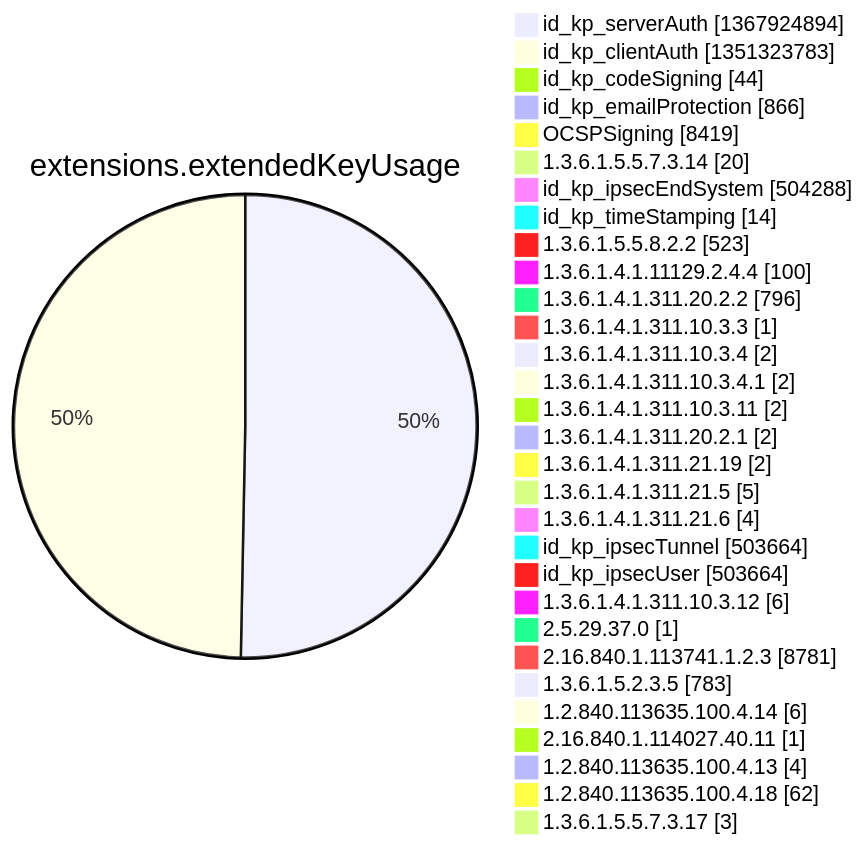
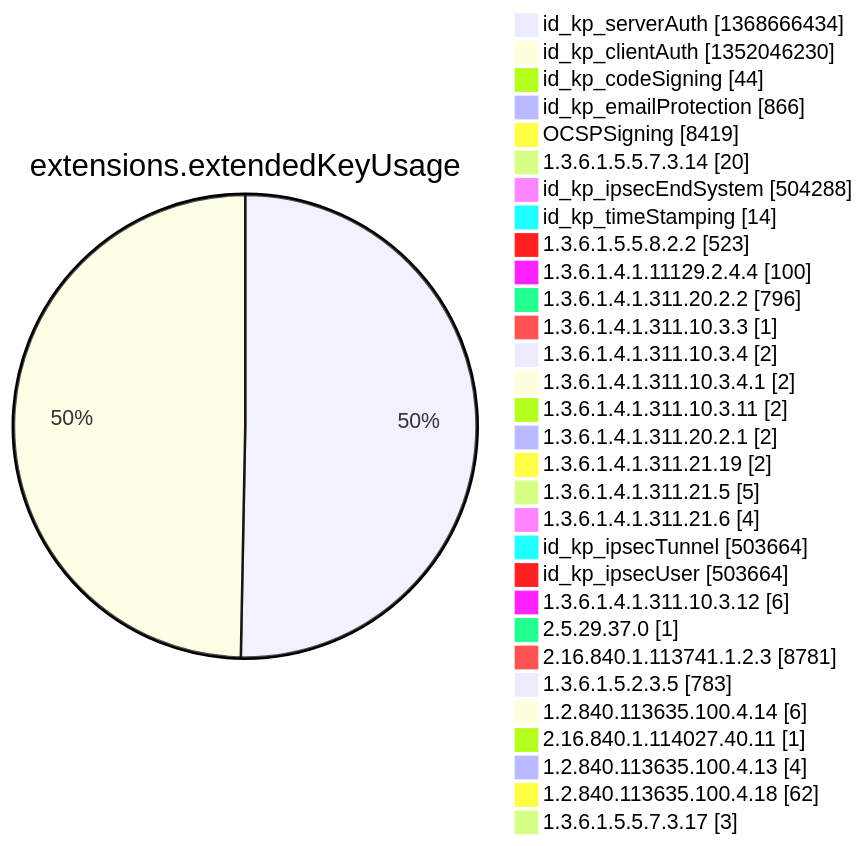
Before and after one commit to christiankrug/ctmonitor_visualization: diagram 12 of 15 in argon2022/README.md, drawn with Mermaid. The commit also changed other lines of this file, not shown here.

````diff
--- a/argon2022/README.md
+++ b/argon2022/README.md
@@ -3553,34 +3553,34 @@
 ```mermaid
 pie showData
 title extensions.extendedKeyUsage
-"id_kp_serverAuth" :1367924894
-"id_kp_clientAuth" :1351323783
+"id_kp_serverAuth" :1368666434
+"id_kp_clientAuth" :1352046230
 "id_kp_codeSigning" :44
 "id_kp_emailProtection" :866
 "OCSPSigning" :8419
 "1.3.6.1.5.5.7.3.14" :20
 "id_kp_ipsecEndSystem" :504288
 "id_kp_timeStamping" :14
 "1.3.6.1.5.5.8.2.2" :523
 "1.3.6.1.4.1.11129.2.4.4" :100
 "1.3.6.1.4.1.311.20.2.2" :796
 "1.3.6.1.4.1.311.10.3.3" :1
 "1.3.6.1.4.1.311.10.3.4" :2
 "1.3.6.1.4.1.311.10.3.4.1" :2
 "1.3.6.1.4.1.311.10.3.11" :2
 "1.3.6.1.4.1.311.20.2.1" :2
 "1.3.6.1.4.1.311.21.19" :2
 "1.3.6.1.4.1.311.21.5" :5
 "1.3.6.1.4.1.311.21.6" :4
 "id_kp_ipsecTunnel" :503664
 "id_kp_ipsecUser" :503664
 "1.3.6.1.4.1.311.10.3.12" :6
 "2.5.29.37.0" :1
 "2.16.840.1.113741.1.2.3" :8781
 "1.3.6.1.5.2.3.5" :783
 "1.2.840.113635.100.4.14" :6
 "2.16.840.1.114027.40.11" :1
 "1.2.840.113635.100.4.13" :4
 "1.2.840.113635.100.4.18" :62
 "1.3.6.1.5.5.7.3.17" :3
 ```
````
